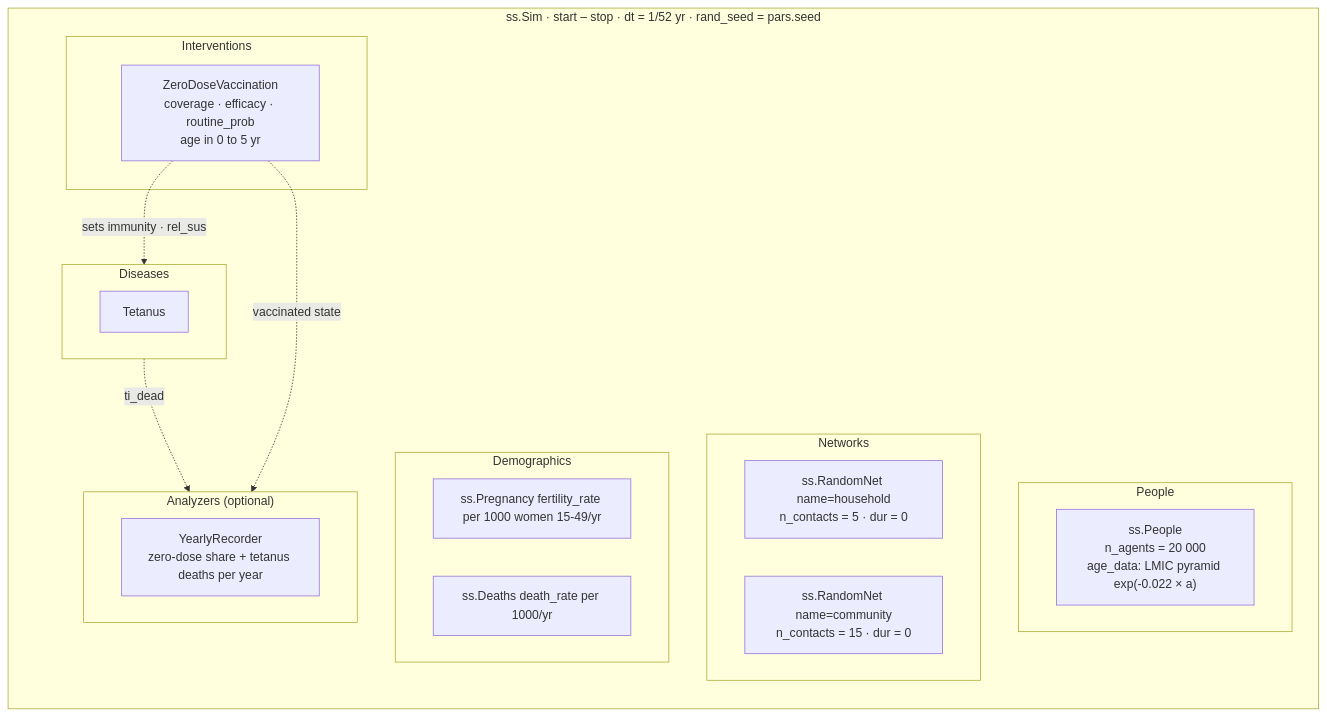
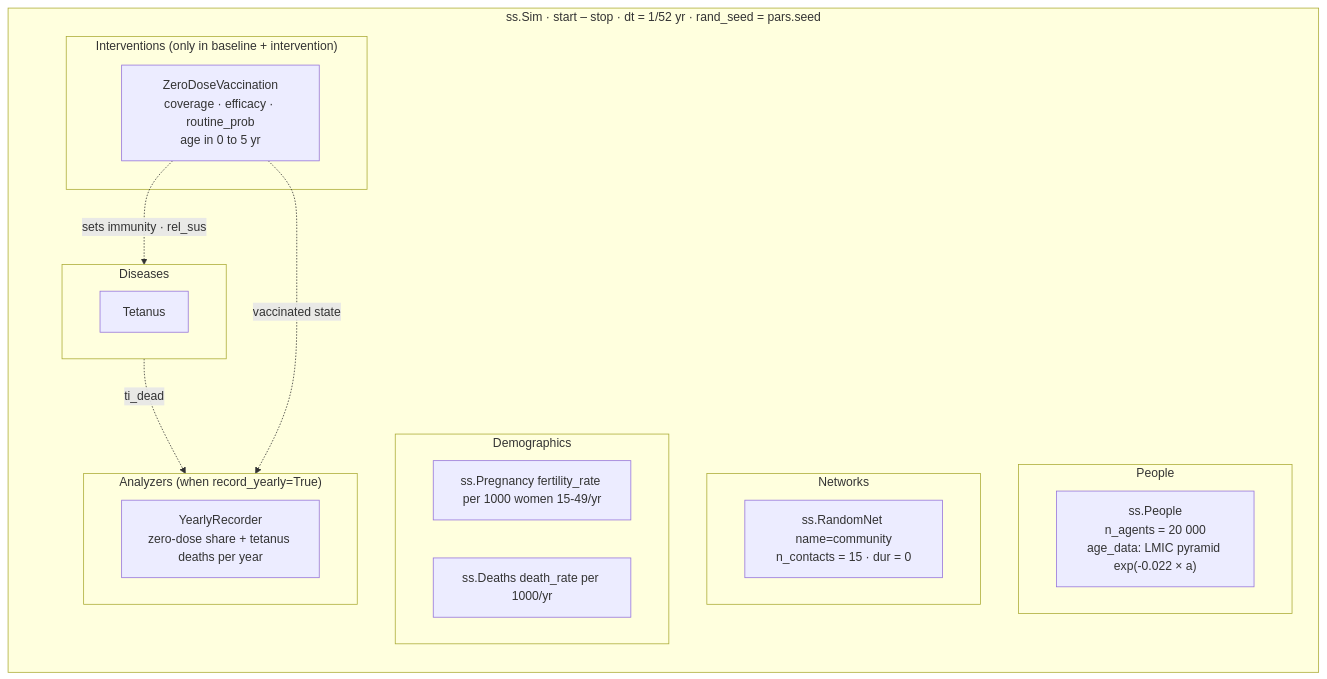
Before and after one commit to starsimhub/zdsim: the sixth of 12 diagrams in docs/ARCHITECTURE.md, drawn with Mermaid. The commit also changed other lines of this file, not shown here.

Commit message:
updated architecture doc

````diff
--- a/docs/ARCHITECTURE.md
+++ b/docs/ARCHITECTURE.md
@@ -217,36 +231,35 @@
 ```mermaid
 flowchart TB
     subgraph SIM ["ss.Sim · start – stop · dt = 1/52 yr · rand_seed = pars.seed"]
         direction TB
 
         subgraph PPL ["People"]
             P1["ss.People<br/>n_agents = 20 000<br/>age_data: LMIC pyramid exp(-0.022 × a)"]
         end
 
         subgraph NETS ["Networks"]
-            N1["ss.RandomNet name=household<br/>n_contacts = 5 · dur = 0"]
             N2["ss.RandomNet name=community<br/>n_contacts = 15 · dur = 0"]
         end
 
         subgraph DEM ["Demographics"]
             D1["ss.Pregnancy fertility_rate per 1000 women 15-49/yr"]
             D2["ss.Deaths death_rate per 1000/yr"]
         end
 
         subgraph DIS ["Diseases"]
             X2["Tetanus"]
         end
 
-        subgraph INV ["Interventions"]
+        subgraph INV ["Interventions (only in baseline + intervention)"]
             I1["ZeroDoseVaccination<br/>coverage · efficacy · routine_prob<br/>age in 0 to 5 yr"]
         end
 
-        subgraph ANA ["Analyzers (optional)"]
+        subgraph ANA ["Analyzers (when record_yearly=True)"]
             A1["YearlyRecorder<br/>zero-dose share + tetanus deaths per year"]
         end
     end
 
     I1 -.->|sets immunity · rel_sus| DIS
     DIS -.->|ti_dead| ANA
     I1 -.->|vaccinated state| ANA
 ```
````
